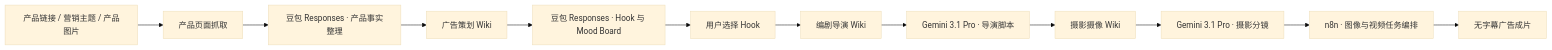
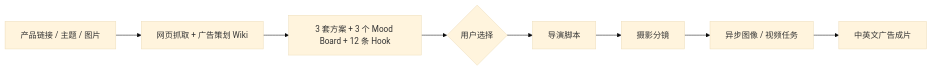
The diagram in README.md (luoxiaohe0529-creator/ocean-glimmer-aigc), drawn with Mermaid (base theme) before and after one commit. The commit also changed other lines of this file, not shown here.

````diff
--- a/README.md
+++ b/README.md
@@ -59,14 +37,10 @@
 ```mermaid
 flowchart LR
-  INPUT["产品链接 / 营销主题 / 产品图片"] --> CRAWLER["产品页面抓取"]
-  CRAWLER --> FACTS["豆包 Responses · 产品事实整理"]
-  FACTS --> KB1["广告策划 Wiki"]
-  KB1 --> DOUBAO1["豆包 Responses · Hook 与 Mood Board"]
-  DOUBAO1 --> SELECT["用户选择 Hook"]
-  SELECT --> KB2["编剧导演 Wiki"]
-  KB2 --> GEMINI2["Gemini 3.1 Pro · 导演脚本"]
-  GEMINI2 --> KB3["摄影摄像 Wiki"]
-  KB3 --> GEMINI3["Gemini 3.1 Pro · 摄影分镜"]
-  GEMINI3 --> N8N["n8n · 图像与视频任务编排"]
-  N8N --> VIDEO["无字幕广告成片"]
+  A["产品链接 / 主题 / 图片"] --> B["网页抓取 + 广告策划 Wiki"]
+  B --> C["3 套方案 + 3 个 Mood Board + 12 条 Hook"]
+  C --> D{"用户选择"}
+  D --> E["导演脚本"]
+  E --> F["摄影分镜"]
+  F --> G["异步图像 / 视频任务"]
+  G --> H["中英文广告成片"]
 ```
````
